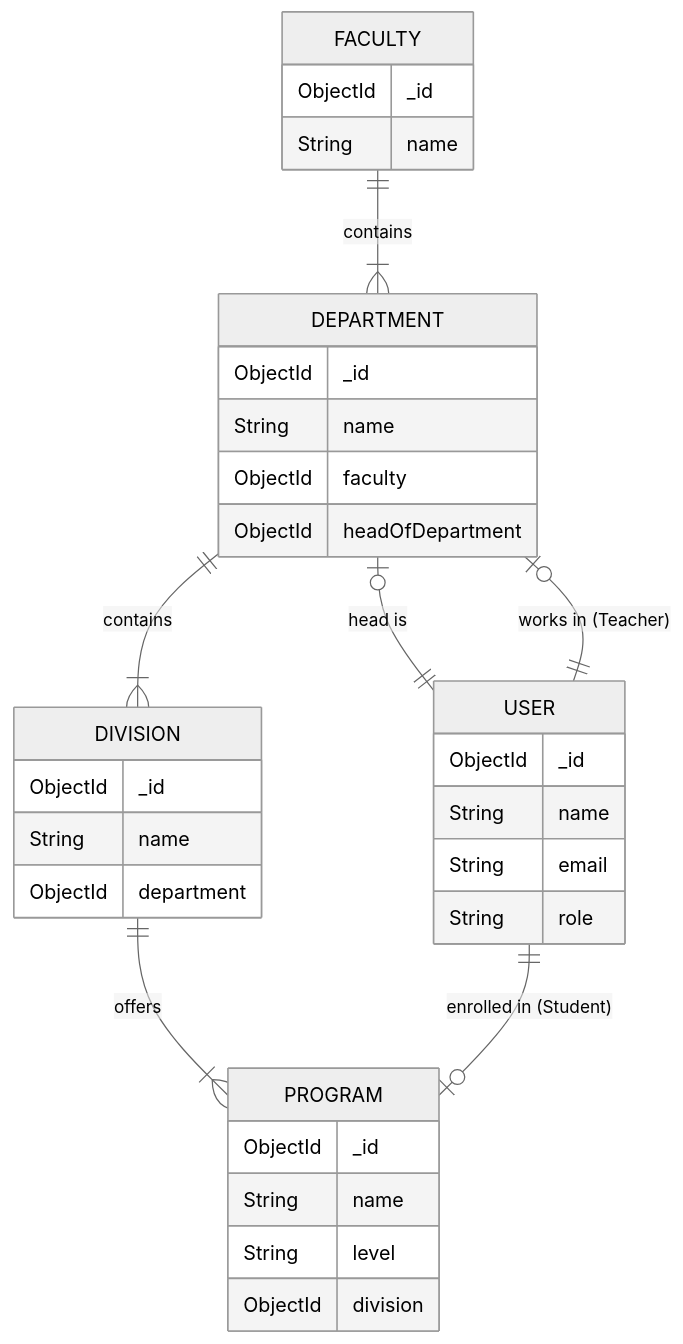
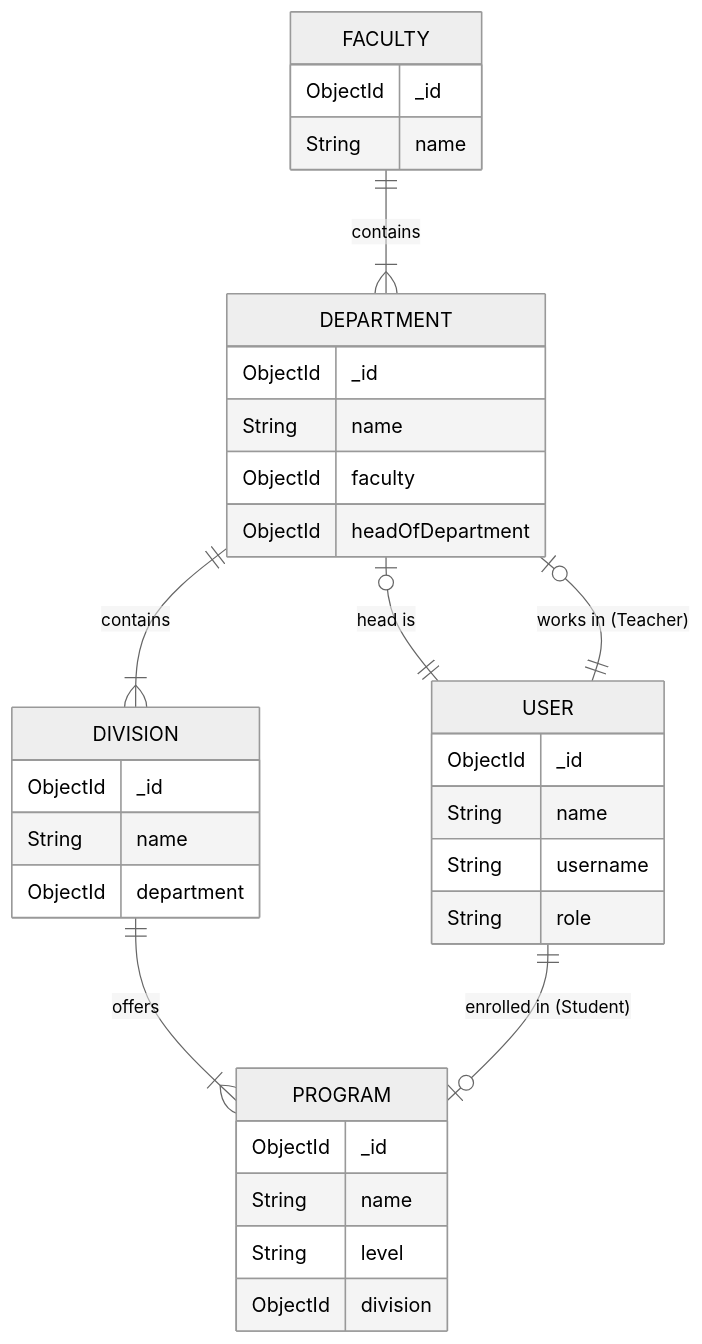
The second of 2 diagrams in documentation/models.md (Ta1al/ams), drawn with Mermaid (neutral theme) before and after one commit. The commit also changed other lines of this file, not shown here.

Commit message:
Replace email field with username in User class and ER diagram

````diff
--- a/documentation/models.md
+++ b/documentation/models.md
@@ -76,43 +76,43 @@
 ```mermaid
 erDiagram
     FACULTY ||--|{ DEPARTMENT : contains
     DEPARTMENT ||--|{ DIVISION : contains
     DIVISION ||--|{ PROGRAM : offers
     
     USER ||--o| PROGRAM : "enrolled in (Student)"
     USER ||--o| DEPARTMENT : "works in (Teacher)"
     
     DEPARTMENT |o--|| USER : "head is"
 
     FACULTY {
         ObjectId _id
         String name
     }
 
     DEPARTMENT {
         ObjectId _id
         String name
         ObjectId faculty
         ObjectId headOfDepartment
     }
 
     DIVISION {
         ObjectId _id
         String name
         ObjectId department
     }
 
     PROGRAM {
         ObjectId _id
         String name
         String level
         ObjectId division
     }
 
     USER {
         ObjectId _id
         String name
-        String email
+        String username
         String role
     }
 ```
````
